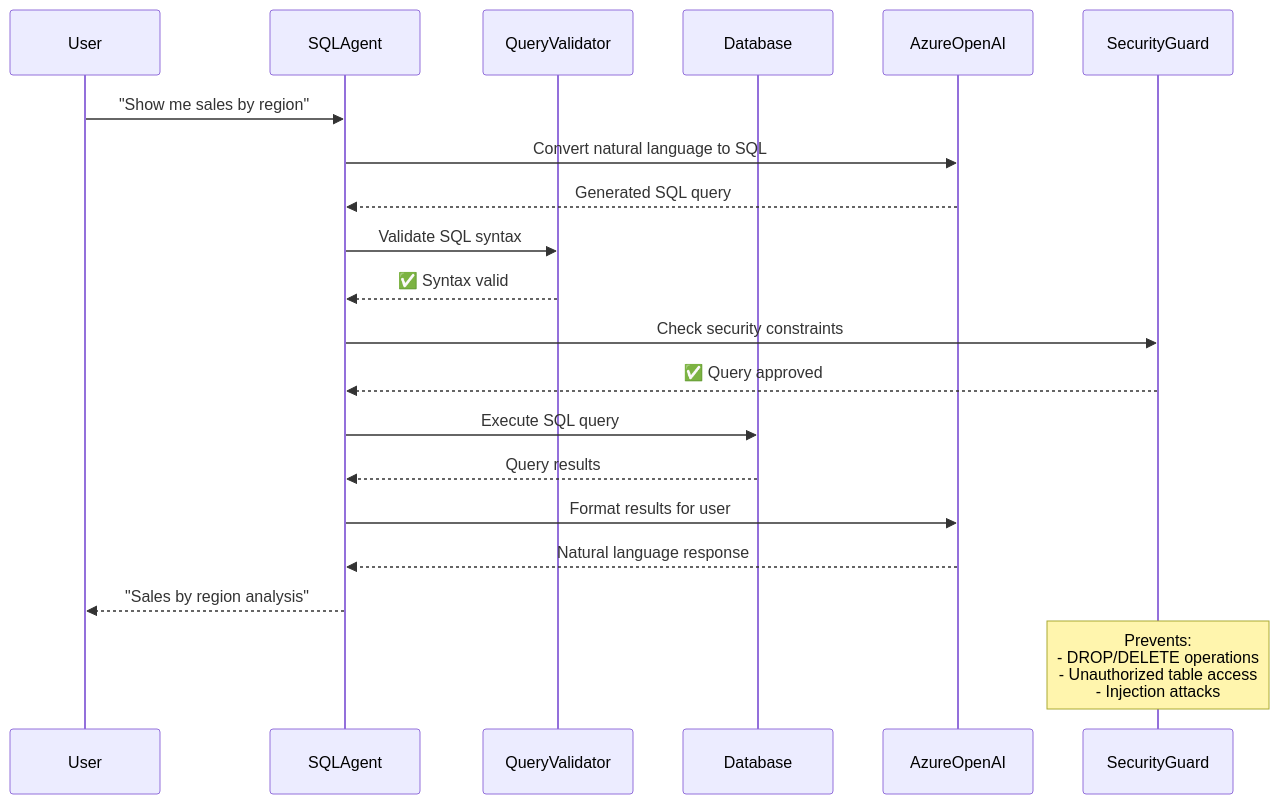
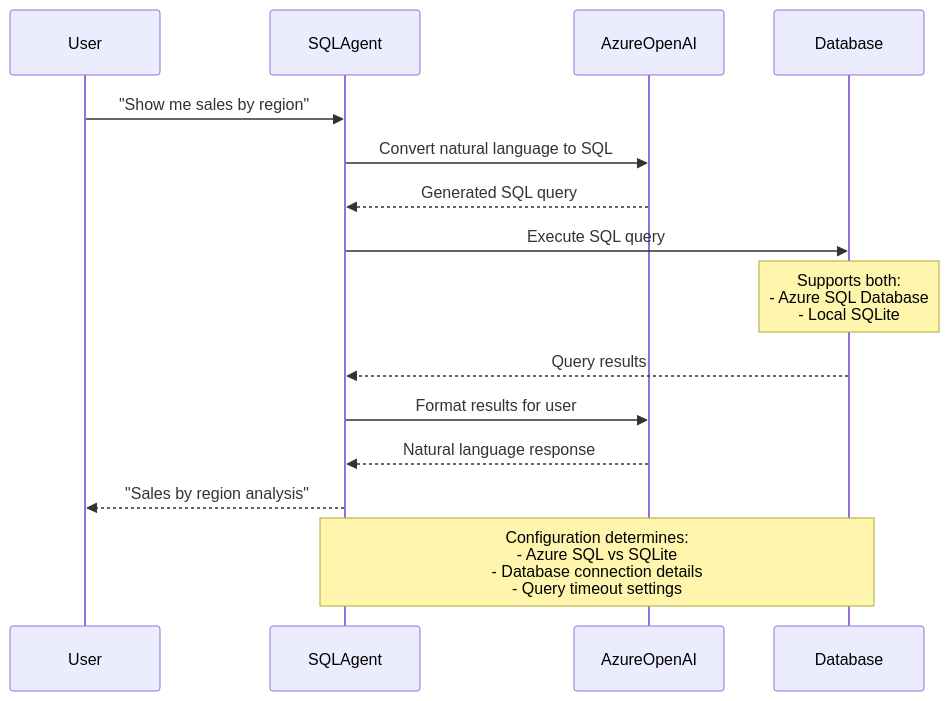
Before and after one commit to the-ingenious-dark-knight/Insight_Ingenious: the fifth of 12 diagrams in docs/workflows/README.md, drawn with Mermaid. The commit also changed 3 other files, not shown here.

````diff
--- a/docs/workflows/README.md
+++ b/docs/workflows/README.md
@@ -210,29 +210,22 @@
 ```mermaid
 sequenceDiagram
     participant User
     participant SQLAgent
-    participant QueryValidator
+    participant AzureOpenAI
     participant Database
-    participant AzureOpenAI
-    participant SecurityGuard
 
     User->>SQLAgent: "Show me sales by region"
     SQLAgent->>AzureOpenAI: Convert natural language to SQL
     AzureOpenAI-->>SQLAgent: Generated SQL query
 
-    SQLAgent->>QueryValidator: Validate SQL syntax
-    QueryValidator-->>SQLAgent: ✅ Syntax valid
-
-    SQLAgent->>SecurityGuard: Check security constraints
-    SecurityGuard-->>SQLAgent: ✅ Query approved
-
     SQLAgent->>Database: Execute SQL query
+    Note over Database: Supports both:<br/>- Azure SQL Database<br/>- Local SQLite
     Database-->>SQLAgent: Query results
 
     SQLAgent->>AzureOpenAI: Format results for user
     AzureOpenAI-->>SQLAgent: Natural language response
 
     SQLAgent-->>User: "Sales by region analysis"
 
-    Note over SecurityGuard: Prevents:<br/>- DROP/DELETE operations<br/>- Unauthorized table access<br/>- Injection attacks
+    Note over SQLAgent,Database: Configuration determines:<br/>- Azure SQL vs SQLite<br/>- Database connection details<br/>- Query timeout settings
 ```
````
